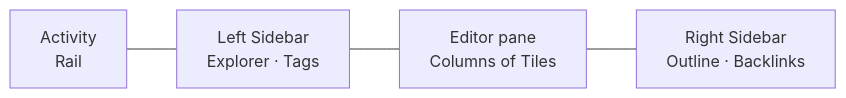
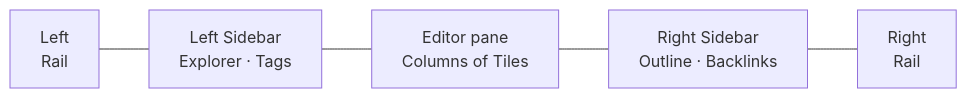
One commit to pothos-dev/sunstone changed the diagram in docs/interface/app-shell.md. Above: the diagram before and after it, drawn with Mermaid. The commit also changed other lines of this file and 33 other files, not shown here.

````diff
--- a/docs/interface/app-shell.md
+++ b/docs/interface/app-shell.md
@@ -13,6 +13,7 @@
 ```mermaid
 flowchart LR
-  A[Activity<br/>Rail] --- L[Left Sidebar<br/>Explorer · Tags]
+  A[Left<br/>Rail] --- L[Left Sidebar<br/>Explorer · Tags]
   L --- E[Editor pane<br/>Columns of Tiles]
   E --- R[Right Sidebar<br/>Outline · Backlinks]
+  R --- B[Right<br/>Rail]
 ```
````
